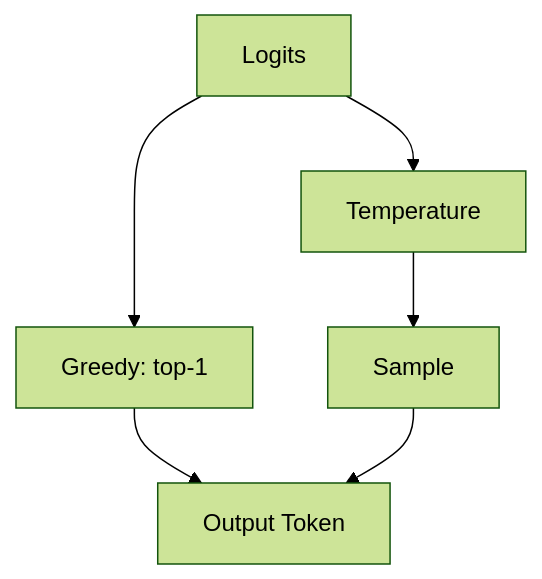
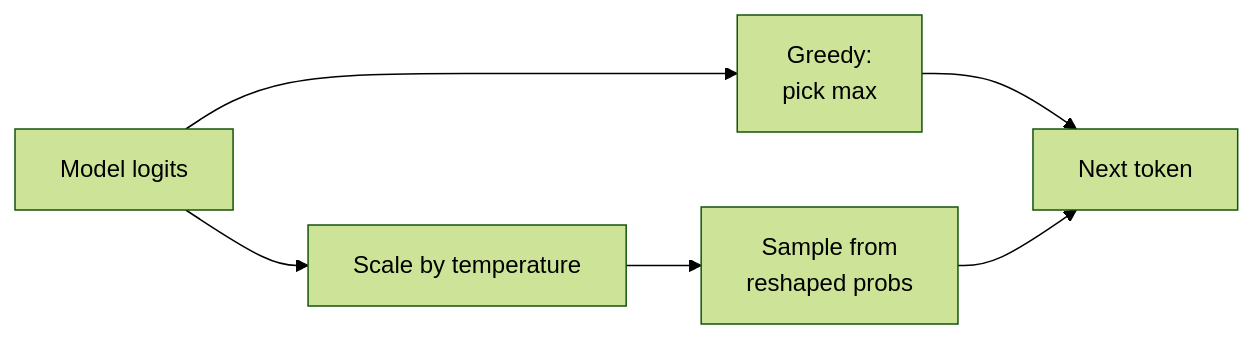
Before and after one commit to danilop/micro-gpt-and-beyond: the diagram in walk-the-code/diagrams/sampling_select.mmd, drawn with Mermaid (forest theme). The commit also changed 45 other files, not shown here.

```diff
--- a/walk-the-code/diagrams/sampling_select.mmd
+++ b/walk-the-code/diagrams/sampling_select.mmd
@@ -1,6 +1,7 @@
-graph TD
-    logits[Logits] --> argmax[Greedy: top-1]
-    logits --> temperature[Temperature]
-    temperature --> sample[Sample]
-    argmax --> token[Output Token]
+graph LR
+    logits[Model logits]
+    logits --> argmax[Greedy:<br/>pick max]
+    logits --> temperature[Scale by temperature]
+    temperature --> sample[Sample from<br/>reshaped probs]
+    argmax --> token[Next token]
     sample --> token
```
